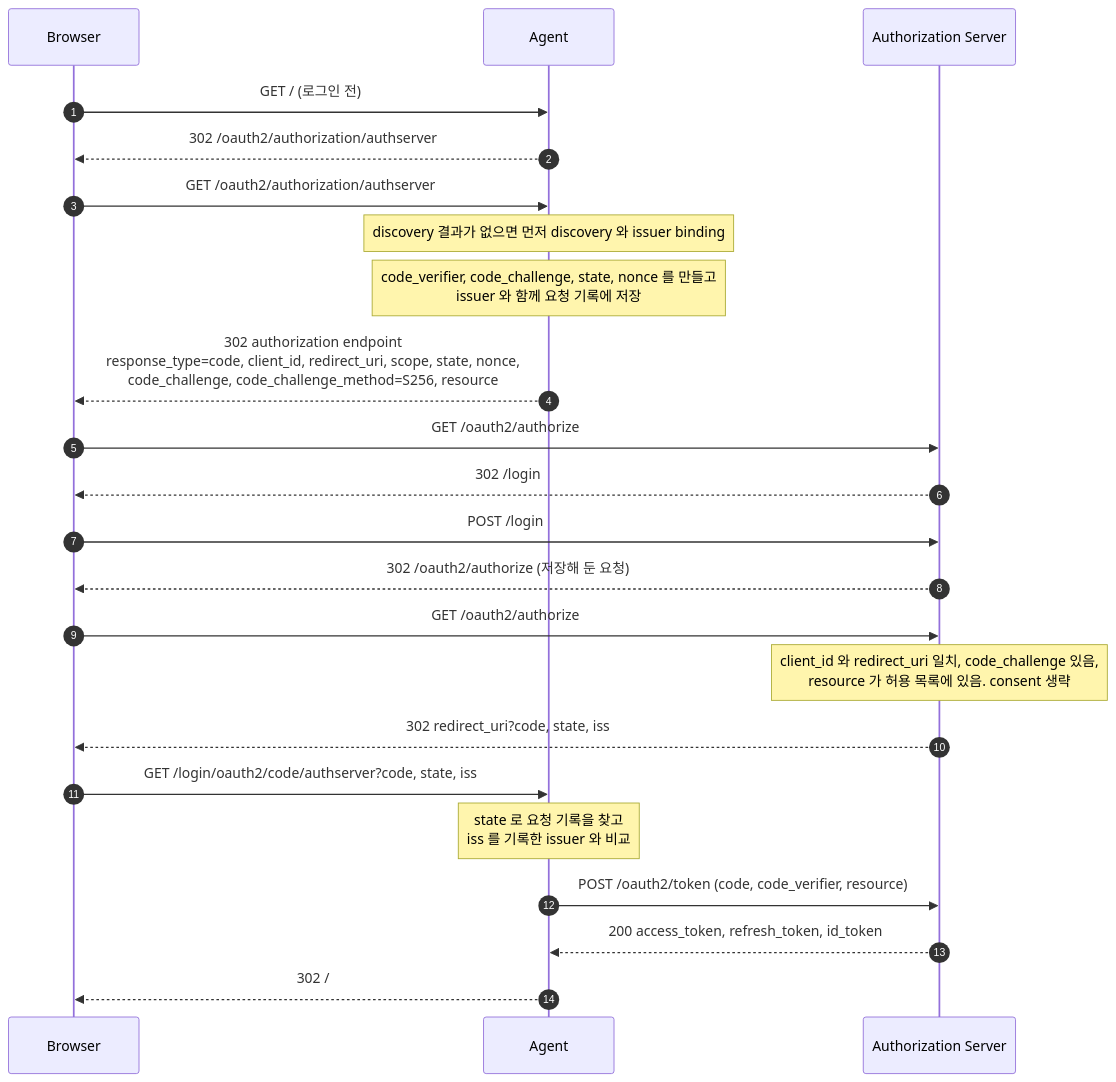
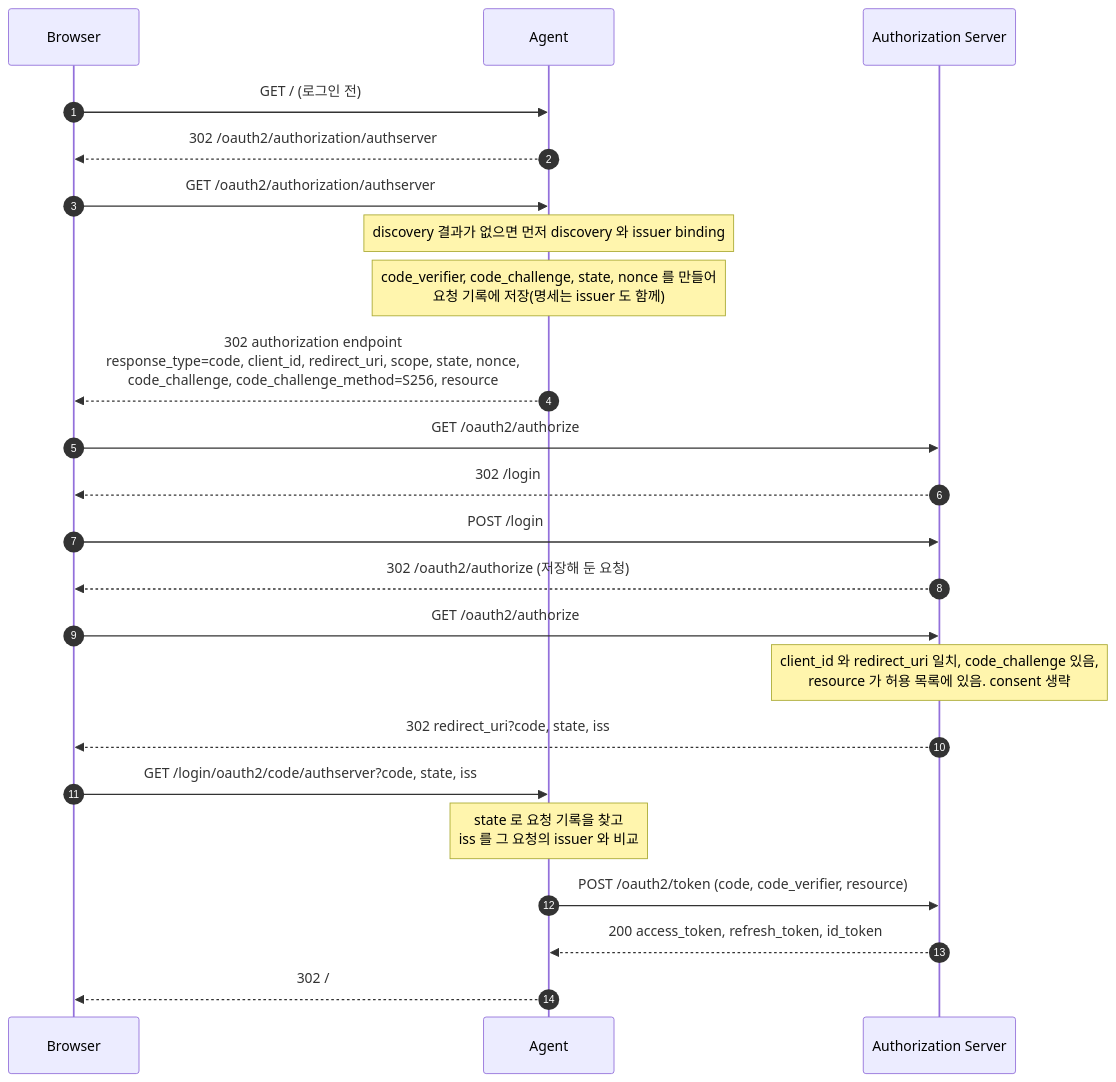
Before and after one commit to starryeye/spring-ai: the seventh of 13 diagrams in practice/MCP-SEQUENCES.md, drawn with Mermaid. The commit also changed other lines of this file and 12 other files, not shown here.

````diff
--- a/practice/MCP-SEQUENCES.md
+++ b/practice/MCP-SEQUENCES.md
@@ -286,25 +276,25 @@
 ```mermaid
 sequenceDiagram
     autonumber
     participant B as Browser
     participant G as Agent
     participant A as Authorization Server
     B->>G: GET / (로그인 전)
     G-->>B: 302 /oauth2/authorization/authserver
     B->>G: GET /oauth2/authorization/authserver
     Note over G: discovery 결과가 없으면 먼저 discovery 와 issuer binding
-    Note over G: code_verifier, code_challenge, state, nonce 를 만들고<br/>issuer 와 함께 요청 기록에 저장
+    Note over G: code_verifier, code_challenge, state, nonce 를 만들어<br/>요청 기록에 저장(명세는 issuer 도 함께)
     G-->>B: 302 authorization endpoint<br/>response_type=code, client_id, redirect_uri, scope, state, nonce,<br/>code_challenge, code_challenge_method=S256, resource
     B->>A: GET /oauth2/authorize
     A-->>B: 302 /login
     B->>A: POST /login
     A-->>B: 302 /oauth2/authorize (저장해 둔 요청)
     B->>A: GET /oauth2/authorize
     Note over A: client_id 와 redirect_uri 일치, code_challenge 있음,<br/>resource 가 허용 목록에 있음. consent 생략
     A-->>B: 302 redirect_uri?code, state, iss
     B->>G: GET /login/oauth2/code/authserver?code, state, iss
-    Note over G: state 로 요청 기록을 찾고<br/>iss 를 기록한 issuer 와 비교
+    Note over G: state 로 요청 기록을 찾고<br/>iss 를 그 요청의 issuer 와 비교
     G->>A: POST /oauth2/token (code, code_verifier, resource)
     A-->>G: 200 access_token, refresh_token, id_token
     G-->>B: 302 /
 ```
````
